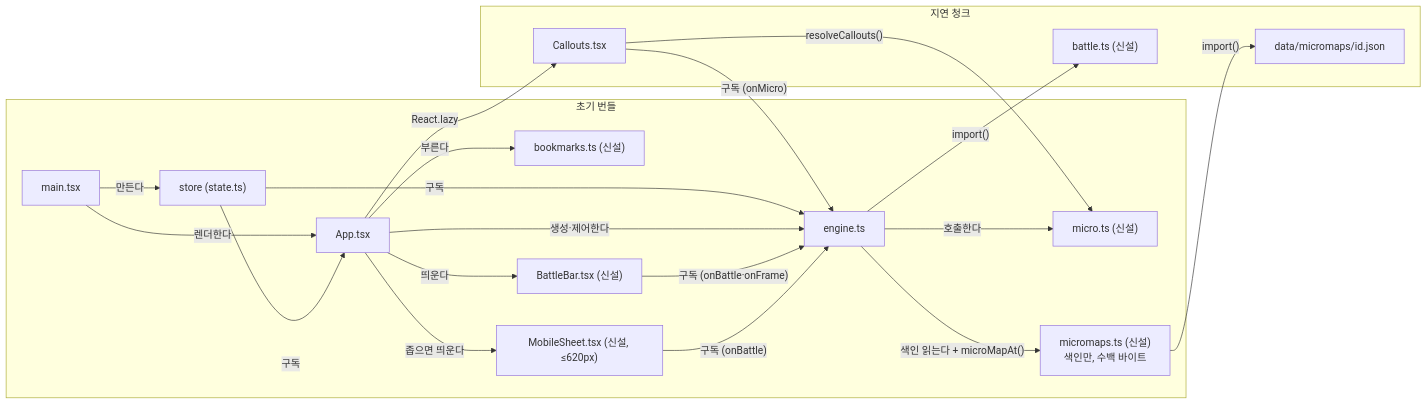
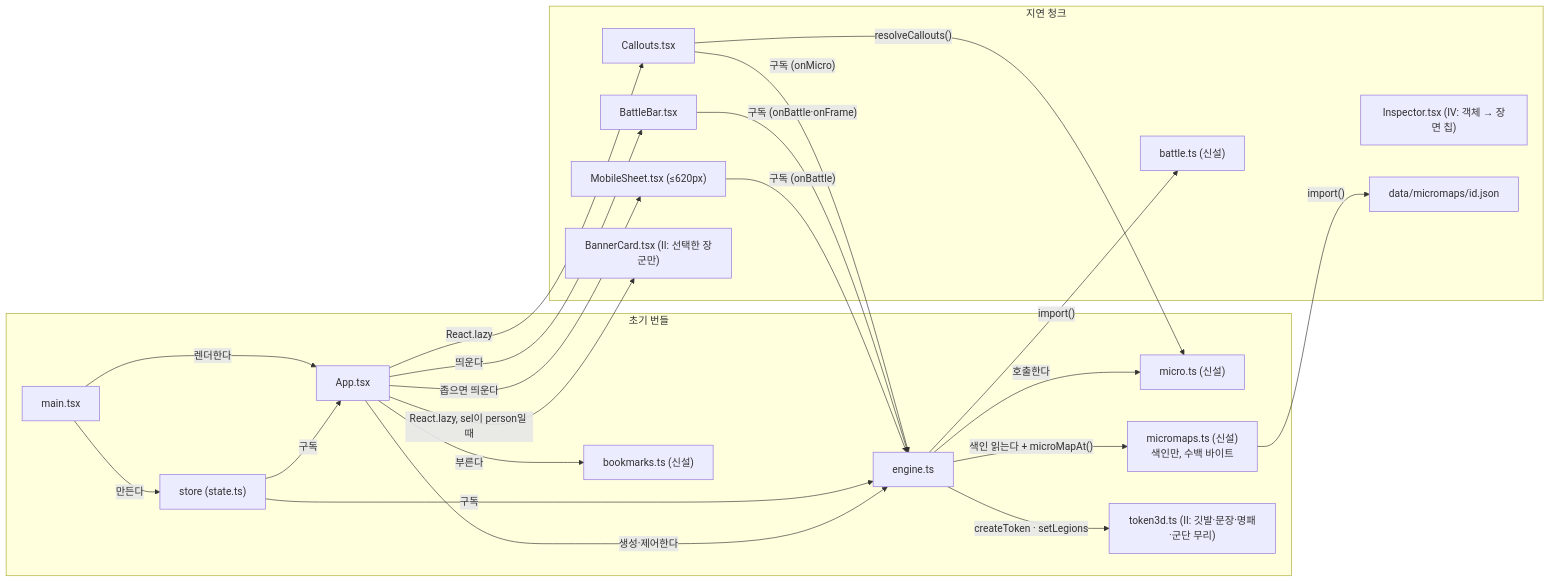
Before and after one commit to snas-lifebook/chronoatlas: the first of 7 diagrams in docs/MODELS.md, drawn with Mermaid. The commit also changed other lines of this file and 61 other files, not shown here.

````diff
--- a/docs/MODELS.md
+++ b/docs/MODELS.md
@@ -11,37 +11,42 @@
 ```mermaid
 flowchart LR
   subgraph init["초기 번들"]
     main["main.tsx"]
     store["store (state.ts)"]
     App["App.tsx"]
     engine["engine.ts"]
     micro["micro.ts (신설)"]
     micromaps["micromaps.ts (신설)<br/>색인만, 수백 바이트"]
     bookmarks["bookmarks.ts (신설)"]
-    BattleBar["BattleBar.tsx (신설)"]
-    MobileSheet["MobileSheet.tsx (신설, ≤620px)"]
+    token3d["token3d.ts (II: 깃발·문장·명패·군단 무리)"]
   end
   subgraph lazy["지연 청크"]
     battle["battle.ts (신설)"]
     Callouts["Callouts.tsx"]
+    BattleBar["BattleBar.tsx"]
+    MobileSheet["MobileSheet.tsx (≤620px)"]
+    BannerCard["BannerCard.tsx (II: 선택한 장군만)"]
+    Inspector["Inspector.tsx (IV: 객체 → 장면 칩)"]
     microJson["data/micromaps/id.json"]
   end
+  engine -->|"createToken · setLegions"| token3d
+  App -->|"React.lazy, sel이 person일 때"| BannerCard
 
   main -->|"만든다"| store
   main -->|"렌더한다"| App
   store -->|"구독"| App
   store -->|"구독"| engine
   App -->|"생성·제어한다"| engine
   engine -->|"호출한다"| micro
   engine -->|"색인 읽는다 + microMapAt()"| micromaps
   micromaps -->|"import()"| microJson
   engine -->|"import()"| battle
   App -->|"React.lazy"| Callouts
   Callouts -->|"구독 (onMicro)"| engine
   Callouts -->|"resolveCallouts()"| micro
   App -->|"띄운다"| BattleBar
   BattleBar -->|"구독 (onBattle·onFrame)"| engine
   App -->|"부른다"| bookmarks
   App -->|"좁으면 띄운다"| MobileSheet
   MobileSheet -->|"구독 (onBattle)"| engine
 ```
````
